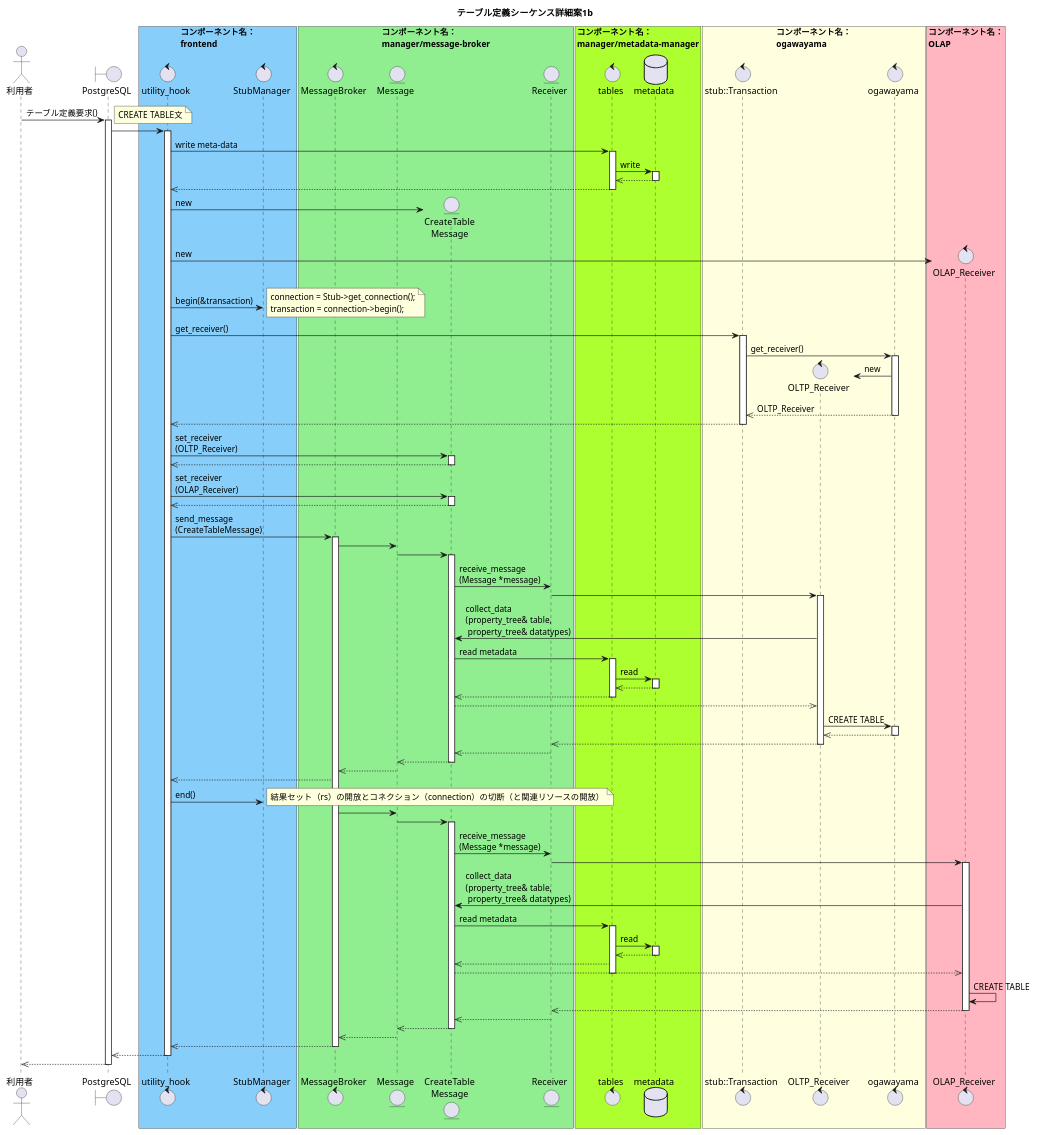
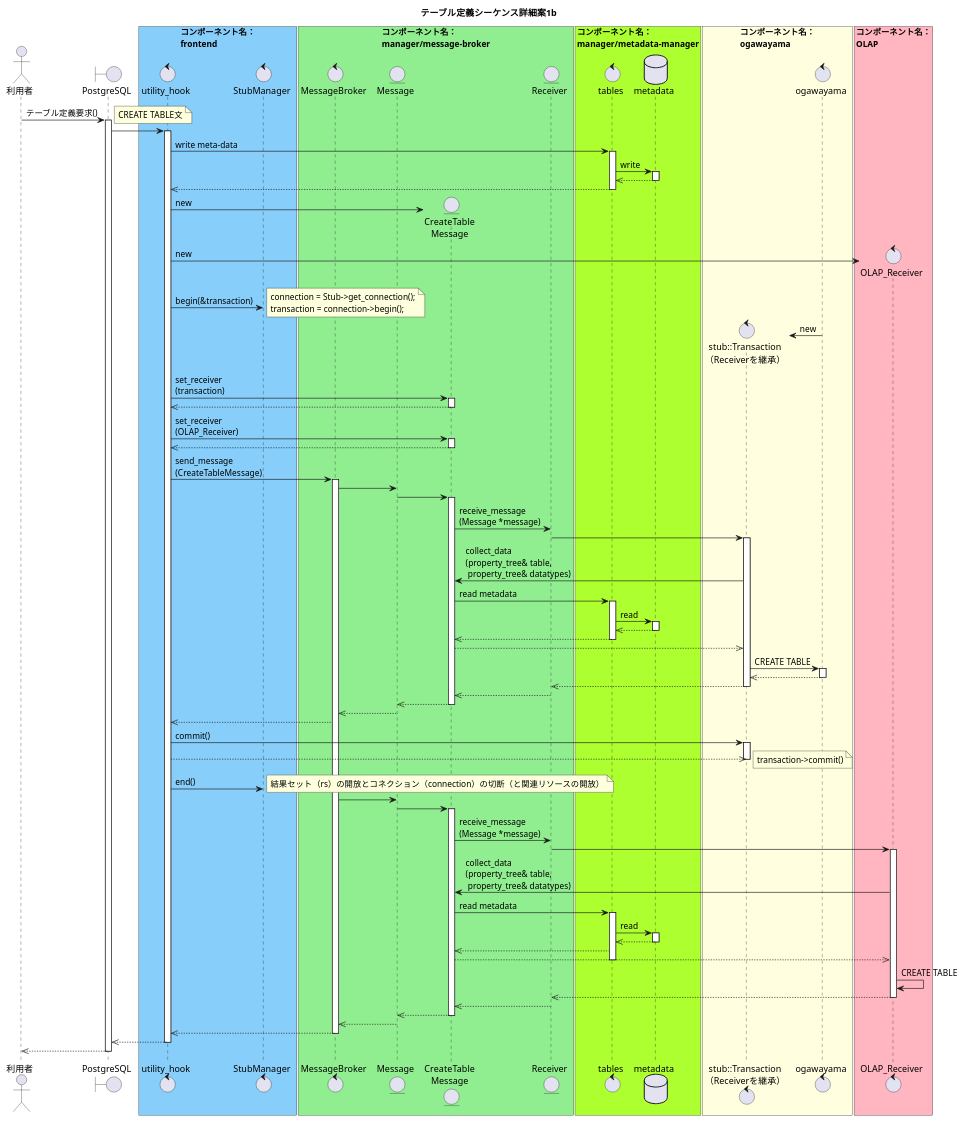
The second of 3 diagrams in docs/design/img/CREATE_TABLE_detail.pu (project-tsurugi/tsurugi_fdw), drawn with PlantUML before and after one commit. The commit also changed 2 other files, not shown here.

Commit message:
Fix sequence plan 1b

```diff
--- a/docs/design/img/CREATE_TABLE_detail.pu
+++ b/docs/design/img/CREATE_TABLE_detail.pu
@@ -164,150 +164,148 @@
 @startuml テーブル定義シーケンス詳細案1b
 
 title テーブル定義シーケンス詳細案1b
 
 actor 利用者
 boundary PostgreSQL
 
 box "コンポーネント名：\nfrontend" #LightSkyBlue
 control utility_hook
 control StubManager
 end box
 
 box "コンポーネント名：\nmanager/message-broker" #LightGreen
 control MessageBroker
 entity Message
 entity "CreateTable\nMessage" as concrete_message
 entity Receiver
 end box
 
 box "コンポーネント名：\nmanager/metadata-manager" #GreenYellow
 control tables
 database metadata
 end box
 
 box "コンポーネント名：\nogawayama" #LightYellow
-control "stub::Transaction" as tran
-control "OLTP_Receiver" as oltp_receiver
+control "stub::Transaction\n（Receiverを継承）" as tran
 control "ogawayama" as ogawayama
 end box
 
 box "コンポーネント名：\nOLAP" #LightPink
 control "OLAP_Receiver" as olap_receiver
 end box
 
 利用者 -> PostgreSQL : テーブル定義要求()
 activate PostgreSQL
 note right
 CREATE TABLE文
 end note
 
 PostgreSQL -> utility_hook
 activate utility_hook
   ' write meta-data
   utility_hook -> tables : write meta-data
   activate tables
     tables -> metadata : write
     activate metadata
     tables <<-- metadata
     deactivate metadata
     utility_hook <<-- tables
   deactivate tables
 
   ' create objects
   create concrete_message
   utility_hook -> concrete_message : new
   create olap_receiver
   utility_hook -> olap_receiver : new
 
   ' set receiver
   utility_hook -> StubManager : begin(&transaction)
   note right
   connection = Stub->get_connection();
   transaction = connection->begin();
   end note
-  utility_hook -> tran : get_receiver()
-  activate tran
-  tran -> ogawayama : get_receiver()
-  activate ogawayama
-  create oltp_receiver
-  ogawayama -> oltp_receiver : new
-  tran <<-- ogawayama : OLTP_Receiver
-  deactivate ogawayama
-  utility_hook <<-- tran
-  deactivate tran
-  utility_hook -> concrete_message : set_receiver\n(OLTP_Receiver)
+  create tran
+  ogawayama -> tran : new
+  utility_hook -> concrete_message : set_receiver\n(transaction)
   activate concrete_message
     utility_hook <<-- concrete_message
   deactivate concrete_message
   utility_hook -> concrete_message : set_receiver\n(OLAP_Receiver)
   activate concrete_message
     utility_hook <<-- concrete_message
   deactivate concrete_message
 
   ' send message to MessageBroker
   utility_hook -> MessageBroker : send_message\n(CreateTableMessage)
   activate MessageBroker
 
   ' execute command
   MessageBroker -> Message
   Message -> concrete_message
   activate concrete_message
     concrete_message -> Receiver : receive_message\n(Message *message)
-    Receiver -> oltp_receiver
-    activate oltp_receiver
-      oltp_receiver -> concrete_message : collect_data\n(property_tree& table,\n property_tree& datatypes)
+    Receiver -> tran
+    activate tran
+      tran -> concrete_message : collect_data\n(property_tree& table,\n property_tree& datatypes)
       concrete_message -> tables : read metadata
       activate tables
         tables -> metadata : read
         activate metadata
         tables <<-- metadata
         deactivate metadata
         concrete_message <<-- tables
       deactivate tables
-      oltp_receiver <<-- concrete_message
-      oltp_receiver -> ogawayama : CREATE TABLE
+      tran <<-- concrete_message
+      tran -> ogawayama : CREATE TABLE
       activate ogawayama
-      oltp_receiver <<-- ogawayama
+      tran <<-- ogawayama
       deactivate ogawayama
-    Receiver <<-- oltp_receiver
-    deactivate oltp_receiver
+    Receiver <<-- tran
+    deactivate tran
     concrete_message <<-- Receiver
   Message <<-- concrete_message
   deactivate concrete_message
   MessageBroker <<-- Message
   utility_hook <<-- MessageBroker
+  utility_hook -> tran : commit()
+  activate tran
+  tran <<-- utility_hook
+  deactivate tran
+  note right
+  transaction->commit()
+  end note
   utility_hook -> StubManager : end()
   note right
   結果セット（rs）の開放とコネクション（connection）の切断（と関連リソースの開放）
   end note
   MessageBroker -> Message
   Message -> concrete_message
   activate concrete_message
     concrete_message -> Receiver : receive_message\n(Message *message)
     Receiver -> olap_receiver
     activate olap_receiver
       olap_receiver -> concrete_message : collect_data\n(property_tree& table,\n property_tree& datatypes)
       concrete_message -> tables : read metadata
       activate tables
         tables -> metadata : read
         activate metadata
         tables <<-- metadata
         deactivate metadata
         concrete_message <<-- tables
         olap_receiver <<-- concrete_message
       deactivate tables
       olap_receiver -> olap_receiver : CREATE TABLE
       Receiver <<-- olap_receiver
       deactivate olap_receiver
       concrete_message <<-- Receiver
   Message <<-- concrete_message
   deactivate concrete_message
   MessageBroker <<-- Message
   utility_hook <<-- MessageBroker
   deactivate MessageBroker
 PostgreSQL <<-- utility_hook
 deactivate utility_hook
 利用者 <<-- PostgreSQL
 deactivate PostgreSQL
 
 @enduml
```
